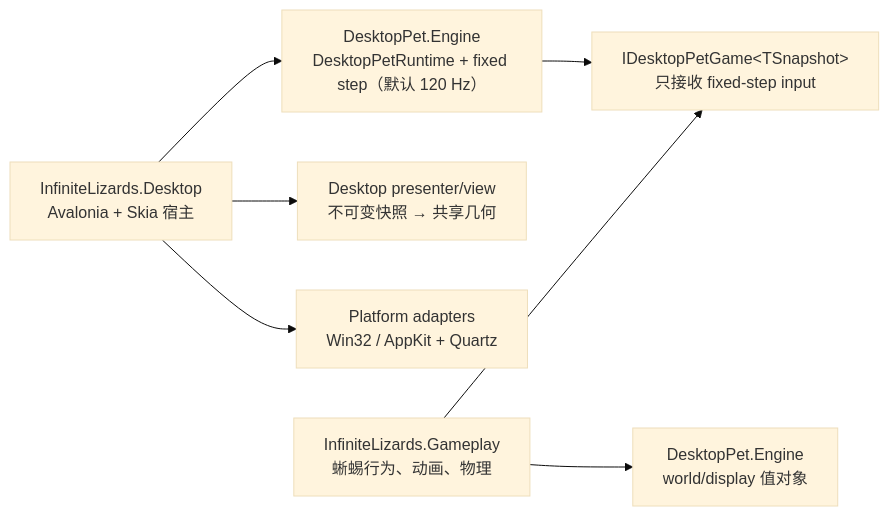
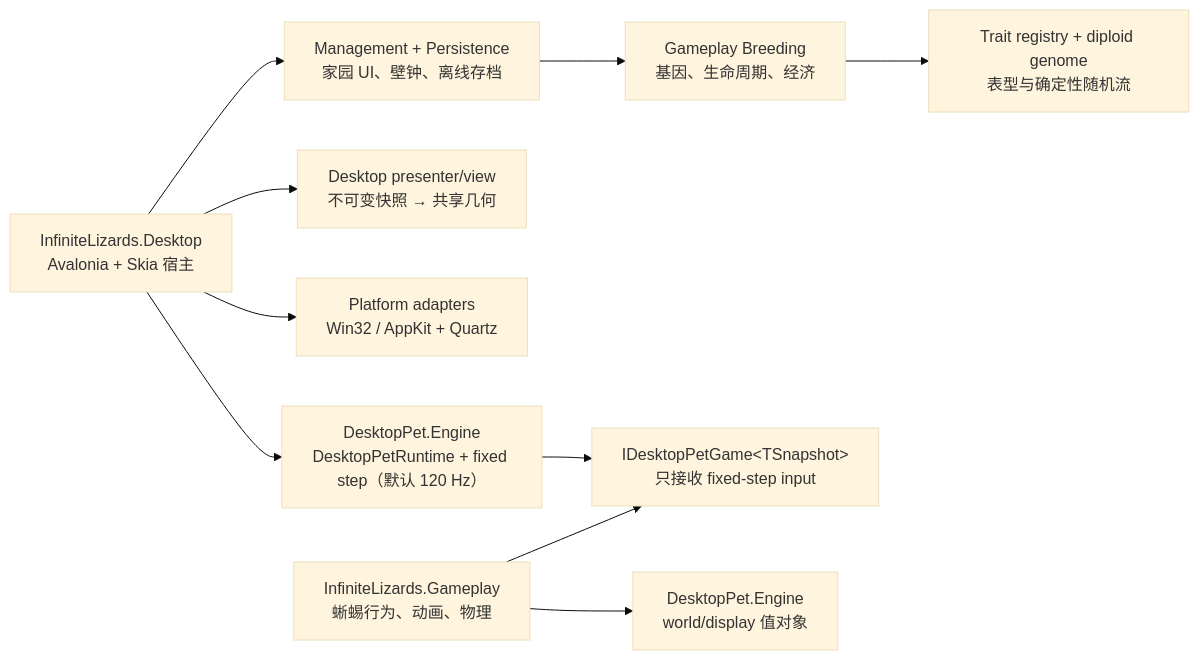
The diagram in ARCHITECTURE.md (SiMaJiaoTou/InfiniteLizards), drawn with Mermaid (base theme) before and after one commit. The commit also changed other lines of this file and 42 other files, not shown here.

````diff
--- a/ARCHITECTURE.md
+++ b/ARCHITECTURE.md
@@ -7,9 +7,12 @@
 ```mermaid
 flowchart LR
     Host["InfiniteLizards.Desktop<br/>Avalonia + Skia 宿主"] --> Runtime["DesktopPet.Engine<br/>DesktopPetRuntime + fixed step（默认 120 Hz）"]
     Host --> Presenter["Desktop presenter/view<br/>不可变快照 → 共享几何"]
     Host --> Native["Platform adapters<br/>Win32 / AppKit + Quartz"]
+    Host --> Manager["Management + Persistence<br/>家园 UI、壁钟、离线存档"]
+    Manager --> Breeding["Gameplay Breeding<br/>基因、生命周期、经济"]
     Runtime --> Port["IDesktopPetGame&lt;TSnapshot&gt;<br/>只接收 fixed-step input"]
     Game["InfiniteLizards.Gameplay<br/>蜥蜴行为、动画、物理"] --> Port
     Game --> EngineTypes["DesktopPet.Engine<br/>world/display 值对象"]
+    Breeding --> Genetics["Trait registry + diploid genome<br/>表型与确定性随机流"]
 ```
````
